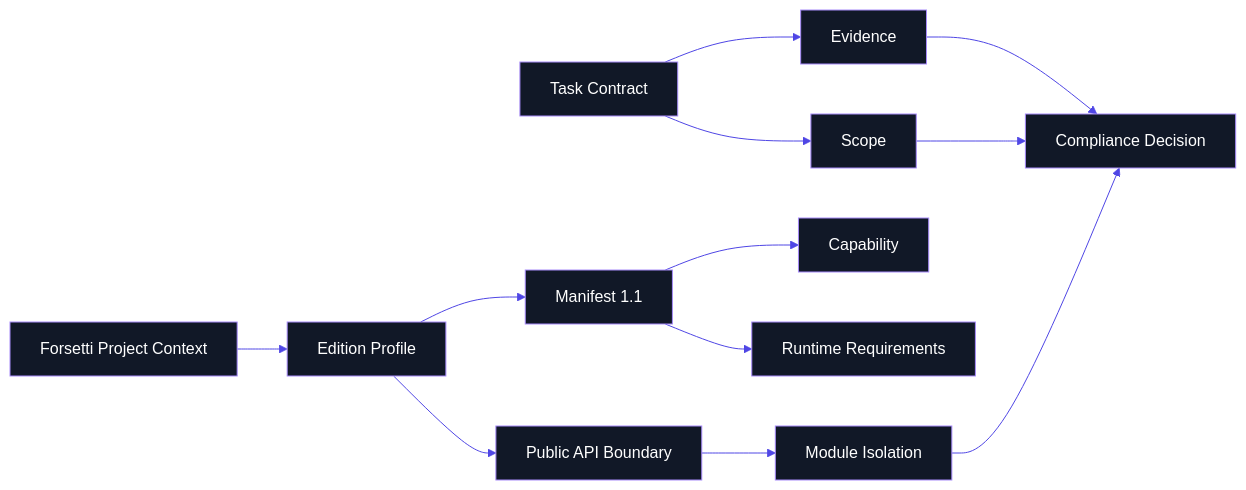
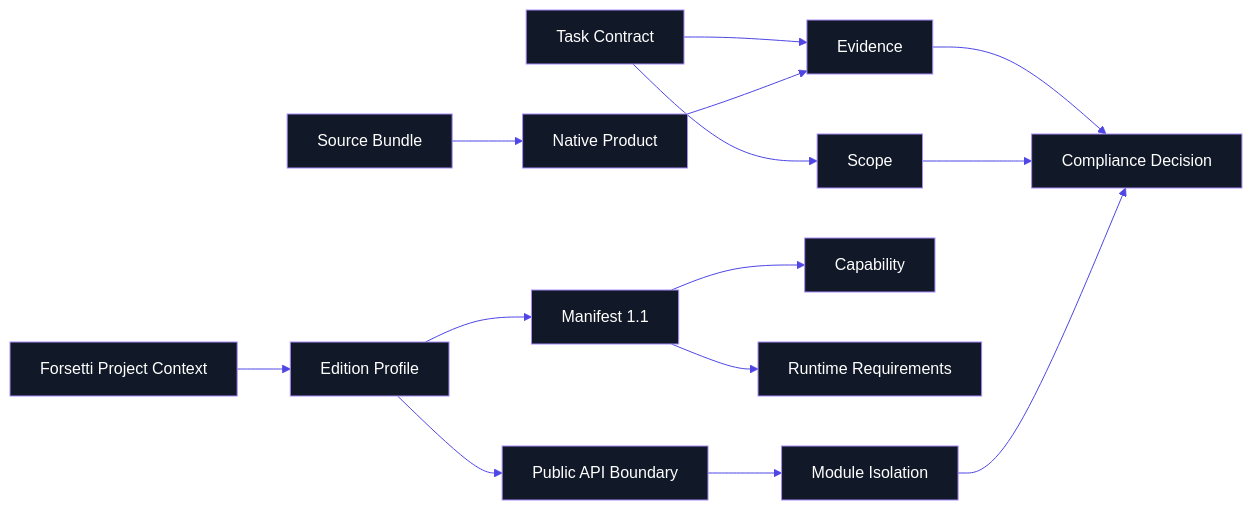
Before and after one commit to flynn33/forsetti-agentic-edition: the diagram in wiki/Glossary.md, drawn with Mermaid. The commit also changed other lines of this file and 11 other files, not shown here.

````diff
--- a/wiki/Glossary.md
+++ b/wiki/Glossary.md
@@ -11,15 +12,17 @@
 ```mermaid
 %%{init: {"theme":"base","themeVariables":{"primaryColor":"#111827","primaryTextColor":"#ffffff","primaryBorderColor":"#a78bfa","lineColor":"#4f46e5","secondaryColor":"#eef2ff","tertiaryColor":"#f8fafc"}}}%%
 flowchart LR
     Contract["Task Contract"] --> Scope["Scope"]
     Contract --> Evidence["Evidence"]
     Context["Forsetti Project Context"] --> Profile["Edition Profile"]
     Profile --> Manifest["Manifest 1.1"]
     Manifest --> Capability["Capability"]
     Manifest --> Runtime["Runtime Requirements"]
     Profile --> Boundary["Public API Boundary"]
     Boundary --> Isolation["Module Isolation"]
+    Bundle["Source Bundle"] --> Native["Native Product"]
+    Native --> Evidence
     Evidence --> Compliance["Compliance Decision"]
     Scope --> Compliance
     Isolation --> Compliance
 ```
````
